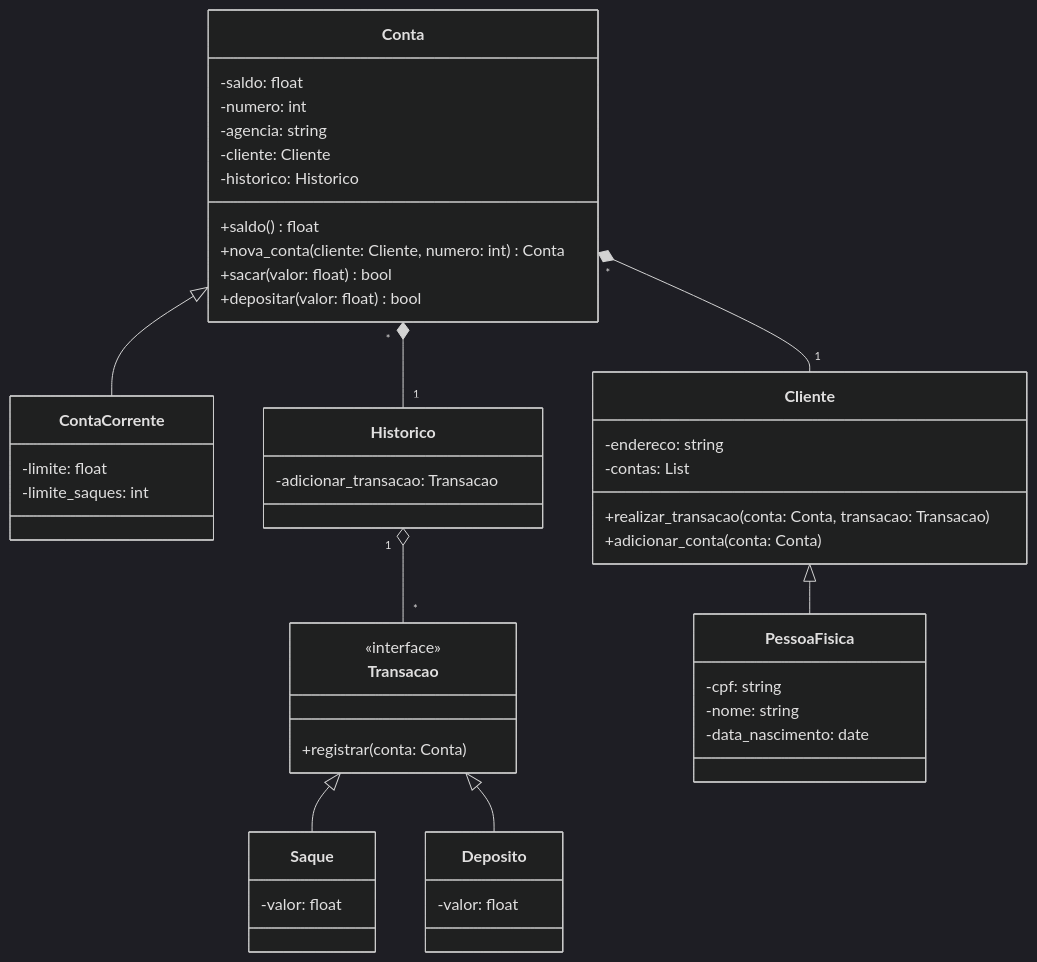
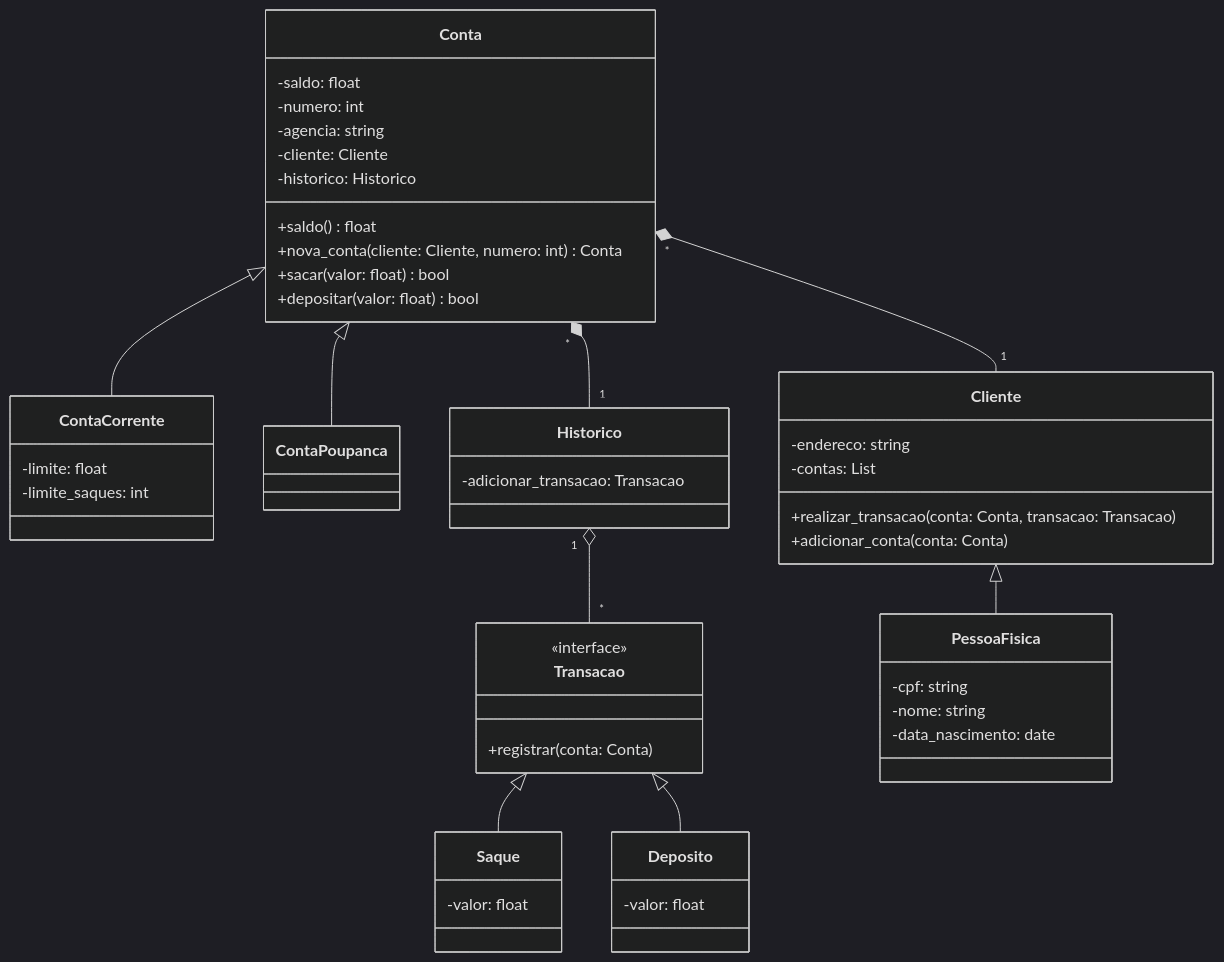
The diagram in README.md (daymira/sistema_bancario_python), drawn with Mermaid (dark theme) before and after one commit. The commit also changed 1 other file, not shown here.

Commit message:
correção

````diff
--- a/README.md
+++ b/README.md
@@ -38,49 +38,53 @@
 ```mermaid
 classDiagram
     Conta <|-- ContaCorrente
+    Conta <| -- ContaPoupanca
     Conta "*" *-- "1" Cliente
     Conta "*" *-- "1" Historico
     Historico "1" o-- "*" Transacao
     Transacao <|-- Saque
     Transacao <|-- Deposito
     Cliente <|-- PessoaFisica
     class Conta {
         -saldo: float 
         -numero: int 
         -agencia: string 
         -cliente: Cliente 
         -historico: Historico 
         +saldo() float
         +nova_conta(cliente: Cliente, numero: int)Conta
         +sacar(valor: float) bool
         +depositar(valor: float) bool
+    }
+    class ContaPoupanca{
+        
     }
     class ContaCorrente {
         -limite: float 
         -limite_saques: int 
     }
     class Historico {
         -adicionar_transacao: Transacao 
     }
     class Transacao {
         <<interface>>
         +registrar(conta: Conta)
     }
     class Saque {
         -valor: float
     }
     class Deposito {
         -valor: float
     }
     class Cliente {
         -endereco: string 
         -contas: List
         +realizar_transacao(conta: Conta, transacao: Transacao)
         +adicionar_conta(conta: Conta)
     }
     class PessoaFisica {
         -cpf: string
         -nome: string
         -data_nascimento: date
     }
 ```
````
